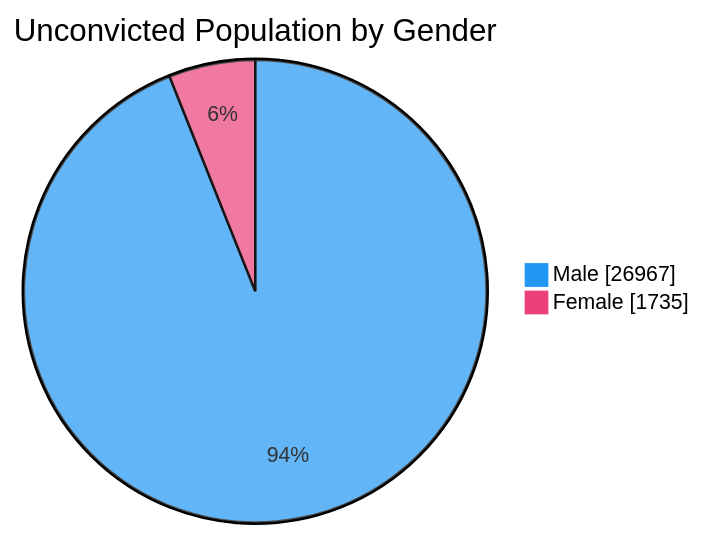
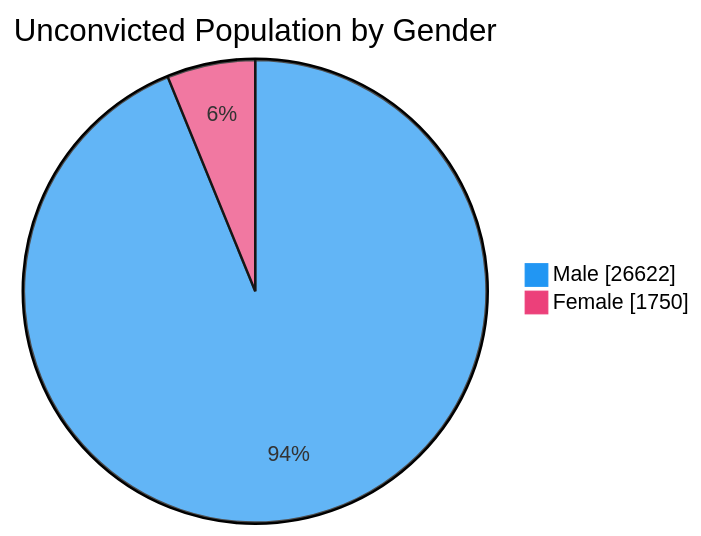
The fourth of 7 diagrams in README.md (nuuuwan/lk_prisons), drawn with Mermaid before and after one commit. The commit also changed other lines of this file and 1 other file, not shown here.

````diff
--- a/README.md
+++ b/README.md
@@ -76,6 +76,6 @@
 ```mermaid
 %%{init: {'themeVariables': {'pie1': '#2196F3', 'pie2': '#EC407A'}}}%%
 pie showData title Unconvicted Population by Gender
-    "Male" : 26967
-    "Female" : 1735
+    "Male" : 26622
+    "Female" : 1750
 ```
````
